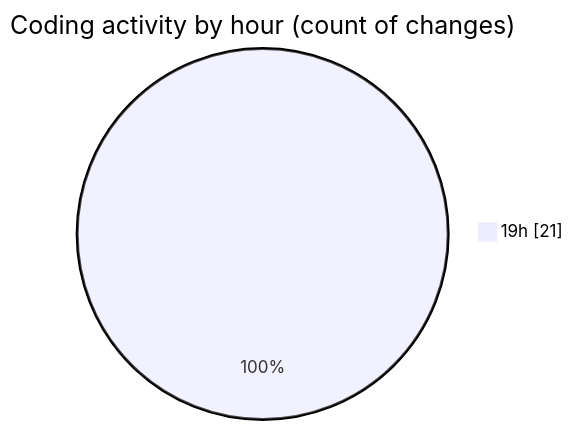
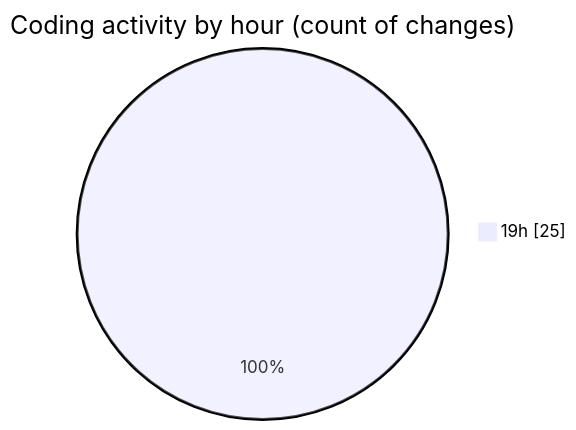
One commit to idhammustaqopulfikri/code-tracking changed the second of 2 diagrams in 2025-06-09/studio-backend/README.md. Above: the diagram before and after it, drawn with Mermaid. The commit also changed other lines of this file and 1 other file, not shown here.

````diff
--- a/2025-06-09/studio-backend/README.md
+++ b/2025-06-09/studio-backend/README.md
@@ -33,5 +34,5 @@
 ```mermaid
 pie showData
 title Coding activity by hour (count of changes)
-"19h" : 21
+"19h" : 25
 ```
````
